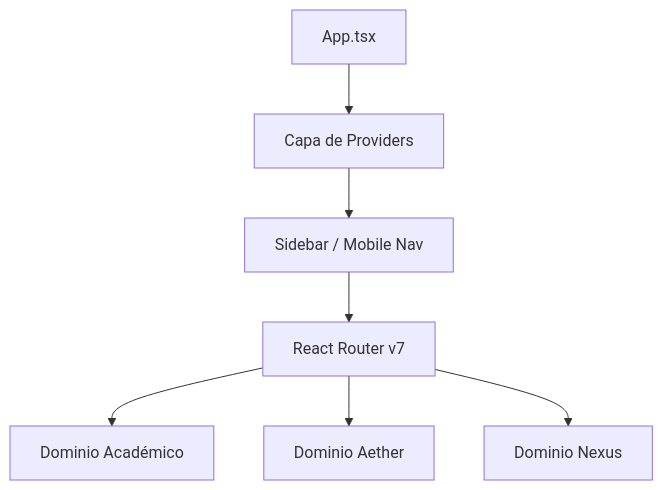
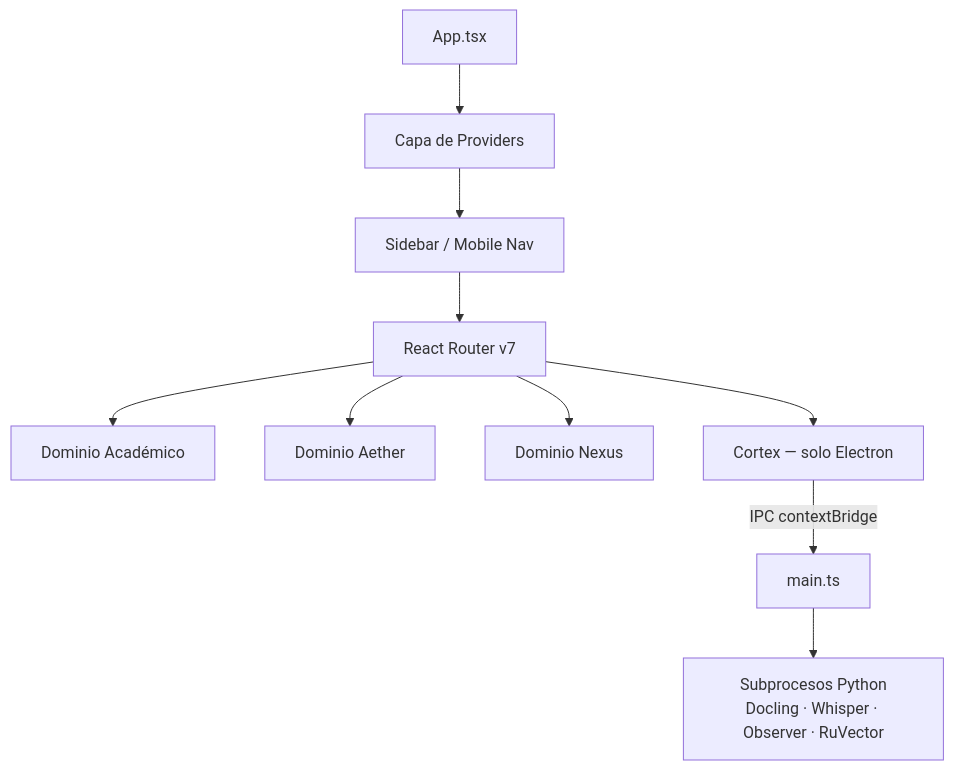
One commit to JantonioFC/Carrera-LTI changed the diagram in docs/wiki_es/Arquitectura.md. Above: the diagram before and after it, drawn with Mermaid. The commit also changed other lines of this file and 21 other files, not shown here.

````diff
--- a/docs/wiki_es/Arquitectura.md
+++ b/docs/wiki_es/Arquitectura.md
@@ -9,9 +9,12 @@
 ```mermaid
 graph TD
     App[App.tsx] --> Providers[Capa de Providers]
     Providers --> Navigation[Sidebar / Mobile Nav]
     Navigation --> Router[React Router v7]
     Router --> DomainA[Dominio Académico]
     Router --> DomainB[Dominio Aether]
     Router --> DomainC[Dominio Nexus]
+    Router --> DomainD[Cortex — solo Electron]
+    DomainD -->|IPC contextBridge| Electron[main.ts]
+    Electron --> Python[Subprocesos Python\nDocling · Whisper · Observer · RuVector]
 ```
````
